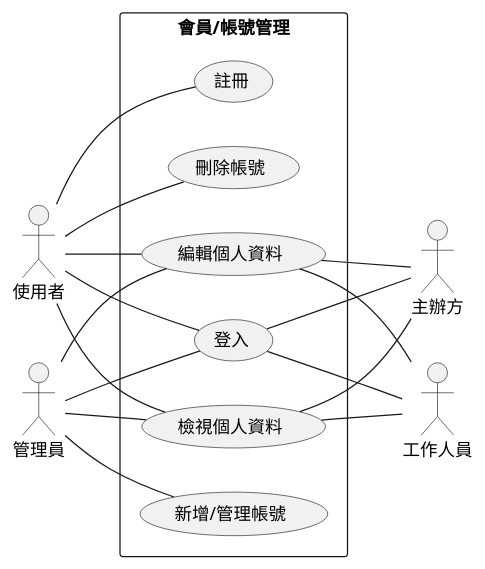
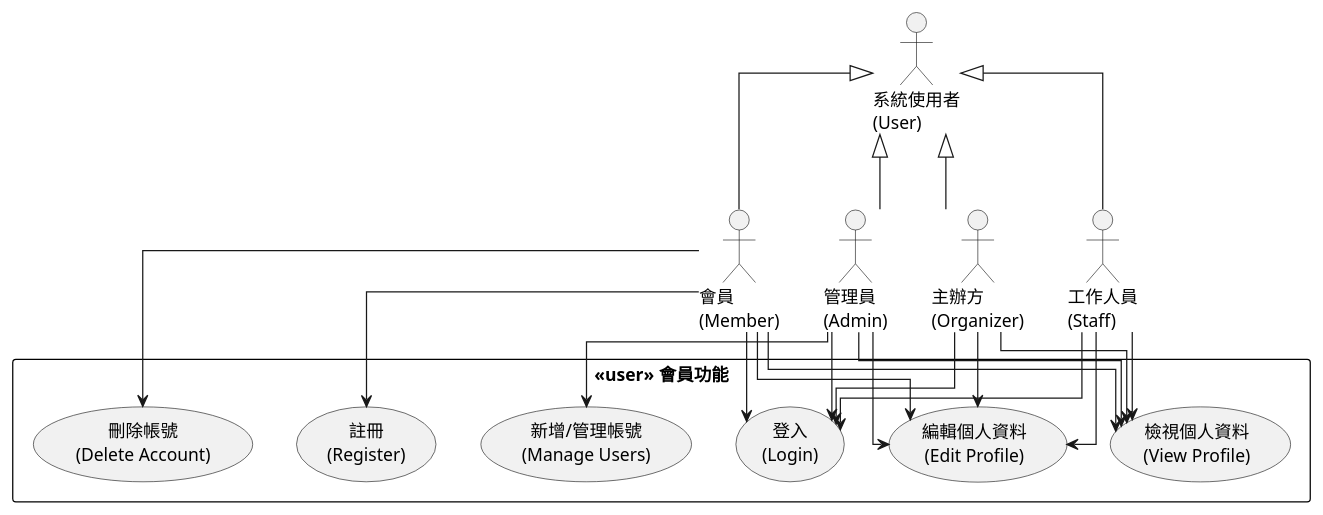
Before and after one commit to vaso0130/Ticket-system: the first of 28 diagrams in uml_diagrams.md, drawn with PlantUML. The commit also changed other lines of this file, not shown here.

Commit message:
重構UML圖，調整用例圖方向及角色定義，改善活動圖邏輯，並優化類別繼承結構

````diff
--- a/uml_diagrams.md
+++ b/uml_diagrams.md
@@ -10,40 +10,56 @@
 ```plantuml
 @startuml
-left to right direction
+top to bottom direction
+skinparam linetype ortho
+' 設定顏色
+skinparam rectangle {
+  BackgroundColor<<user>> #EAF4FF
+  BorderColor black
+}
 
-' Actor on the left
-actor "使用者" as User
-actor "管理員" as Admin
-' Actors on the right
-actor "主辦方" as org
-actor "工作人員" as stuff
+' 抽象角色
+actor "系統使用者\n(User)" as User
 
-rectangle "會員/帳號管理" {
-  usecase "註冊" as register
-  usecase "登入" as login
-  usecase "檢視個人資料" as view_profile
-  usecase "編輯個人資料" as edit_profile
-  usecase "刪除帳號" as delete_account
-  usecase "新增/管理帳號" as manage_users
+' 具體角色
+actor "會員\n(Member)" as General
+actor "管理員\n(Admin)" as Admin
+actor "主辦方\n(Organizer)" as Organizer
+actor "工作人員\n(Staff)" as Staff
 
-  User -- register
-  User -- login
-  User -- view_profile
-  User -- edit_profile
-  User -- delete_account
-  
-  Admin -- login
-  Admin -- view_profile
-  Admin -- edit_profile
-  Admin -- manage_users
+' Use Case 區塊
+rectangle "<<user>> 會員功能" {
+  usecase "註冊\n(Register)" as UC1
+  usecase "登入\n(Login)" as UC2
+  usecase "檢視個人資料\n(View Profile)" as UC3
+  usecase "編輯個人資料\n(Edit Profile)" as UC4
+  usecase "刪除帳號\n(Delete Account)" as UC5
+  usecase "新增/管理帳號\n(Manage Users)" as UC6
+}
 
-  login -- org
-  view_profile -- org
-  edit_profile -- org
+' ⬇️ 繼承關係
+User <|-- General
+User <|-- Admin
+User <|-- Organizer
+User <|-- Staff
 
-  login -- stuff
-  view_profile -- stuff
-  edit_profile -- stuff
-}
+' ⬇️ 功能對應
+General --> UC1
+General --> UC2
+General --> UC3
+General --> UC4
+General --> UC5
+
+Admin --> UC2
+Admin --> UC3
+Admin --> UC4
+Admin --> UC6
+
+Organizer --> UC2
+Organizer --> UC3
+Organizer --> UC4
+
+Staff --> UC2
+Staff --> UC3
+Staff --> UC4
 @enduml
 ```
````
